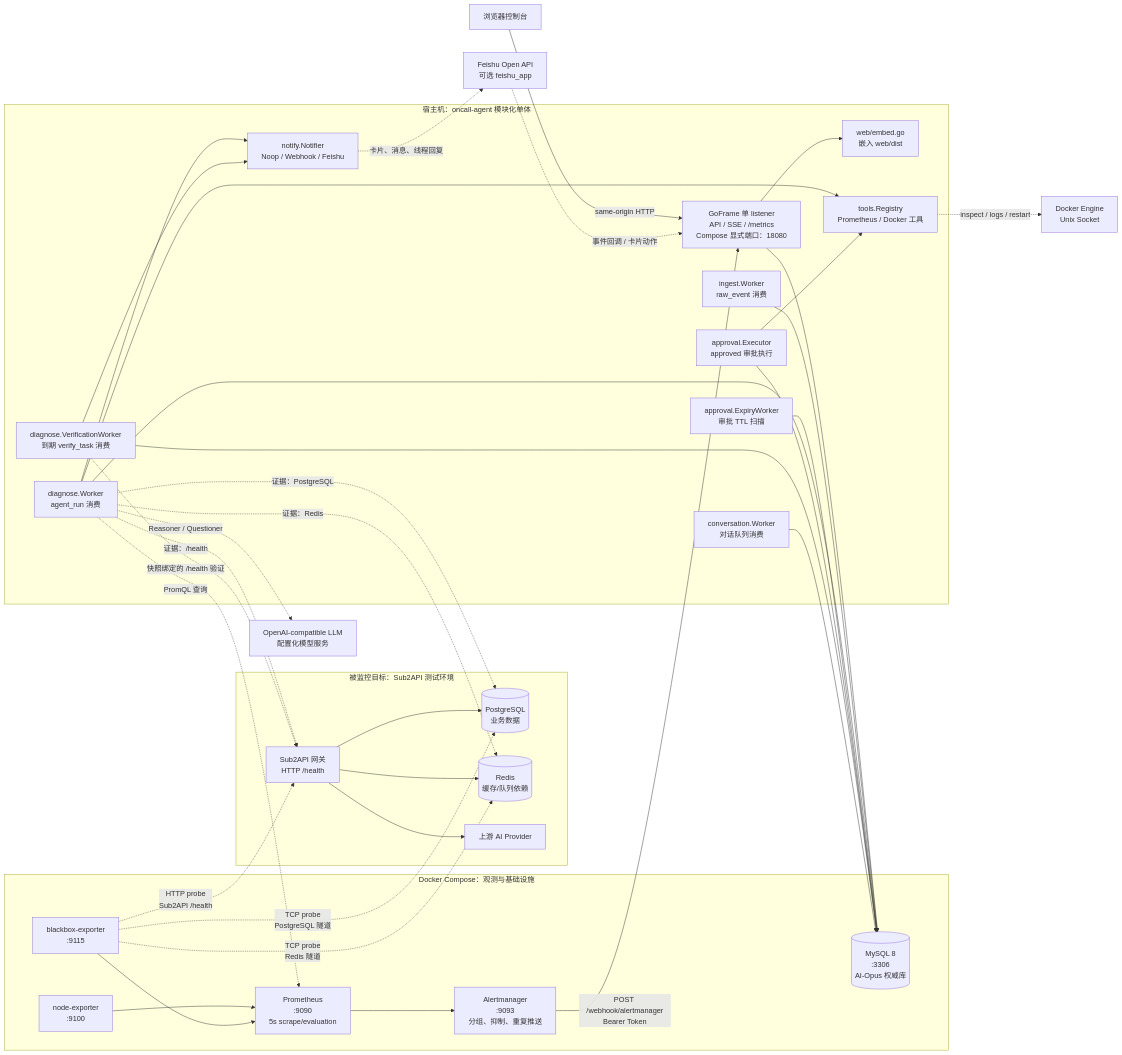
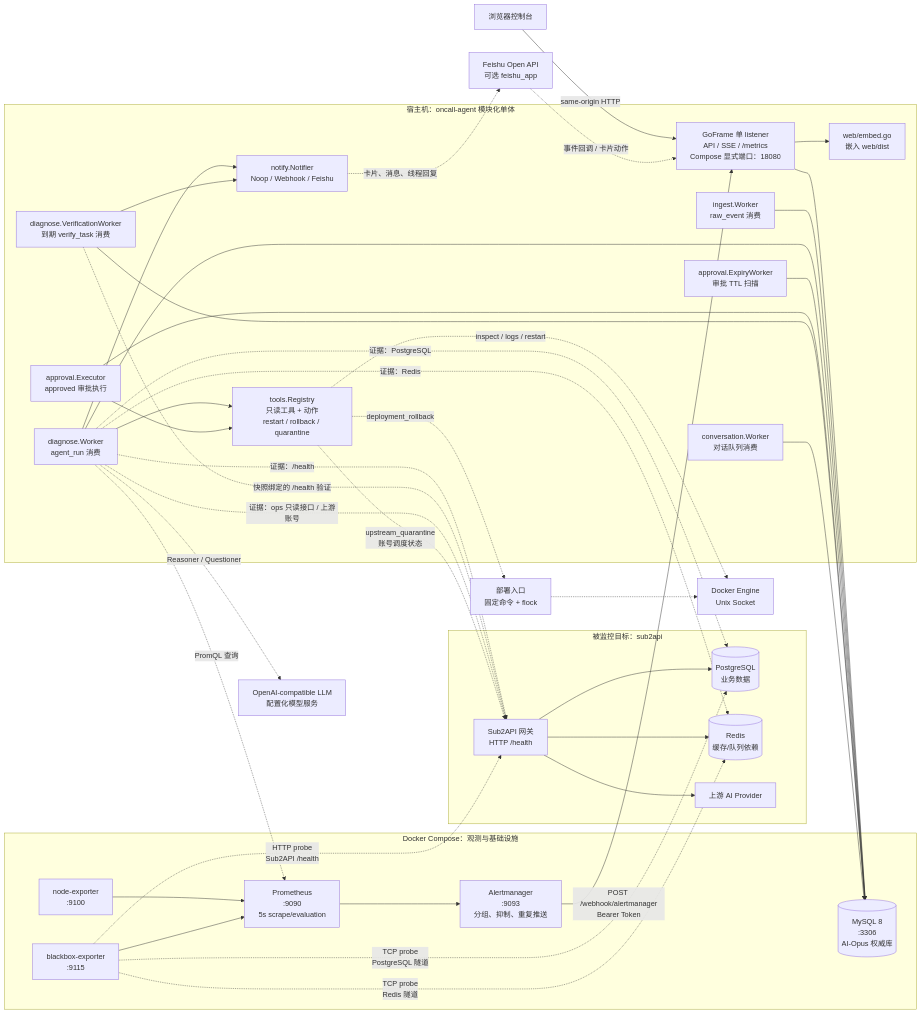
The first of 11 diagrams in docs/current-architecture.md (shentry/AI-Ops), drawn with Mermaid before and after one commit. The commit also changed other lines of this file and 289 other files, not shown here.

````diff
--- a/docs/current-architecture.md
+++ b/docs/current-architecture.md
@@ -19,73 +20,78 @@
 ```mermaid
 flowchart LR
-    subgraph target["被监控目标：Sub2API 测试环境"]
+    subgraph target["被监控目标：sub2api"]
         GW["Sub2API 网关<br/>HTTP /health"]
         PG[("PostgreSQL<br/>业务数据")]
         RD[("Redis<br/>缓存/队列依赖")]
         UP["上游 AI Provider"]
 
         GW --> PG
         GW --> RD
         GW --> UP
     end
 
     subgraph compose["Docker Compose：观测与基础设施"]
         NODE["node-exporter<br/>:9100"]
         BB["blackbox-exporter<br/>:9115"]
         PROM["Prometheus<br/>:9090<br/>5s scrape/evaluation"]
         AM["Alertmanager<br/>:9093<br/>分组、抑制、重复推送"]
         MYSQL[("MySQL 8<br/>:3306<br/>AI-Opus 权威库")]
 
         NODE --> PROM
         BB --> PROM
         PROM --> AM
     end
 
     BB -.->|"HTTP probe<br/>Sub2API /health"| GW
     BB -.->|"TCP probe<br/>PostgreSQL 隧道"| PG
     BB -.->|"TCP probe<br/>Redis 隧道"| RD
 
     subgraph mono["宿主机：oncall-agent 模块化单体"]
         HTTP["GoFrame 单 listener<br/>API / SSE / /metrics<br/>Compose 显式端口：18080"]
         STATIC["web/embed.go<br/>嵌入 web/dist"]
         IW["ingest.Worker<br/>raw_event 消费"]
         DW["diagnose.Worker<br/>agent_run 消费"]
         EW["approval.ExpiryWorker<br/>审批 TTL 扫描"]
         EX["approval.Executor<br/>approved 审批执行"]
         VW["diagnose.VerificationWorker<br/>到期 verify_task 消费"]
         CW["conversation.Worker<br/>对话队列消费"]
-        REG["tools.Registry<br/>Prometheus / Docker 工具"]
+        REG["tools.Registry<br/>只读工具 + 动作<br/>restart / rollback / quarantine"]
         NOTIFY["notify.Notifier<br/>Noop / Webhook / Feishu"]
 
         HTTP --> STATIC
         HTTP --> MYSQL
         IW --> MYSQL
         DW --> MYSQL
         EW --> MYSQL
         EX --> MYSQL
         VW --> MYSQL
         CW --> MYSQL
         DW --> REG
         EX --> REG
         DW --> NOTIFY
         VW --> NOTIFY
     end
 
     BROWSER["浏览器控制台"] -->|"same-origin HTTP"| HTTP
     AM -->|"POST /webhook/alertmanager<br/>Bearer Token"| HTTP
 
     DW -.->|"证据：/health"| GW
     VW -.->|"快照绑定的 /health 验证"| GW
     DW -.->|"证据：PostgreSQL"| PG
     DW -.->|"证据：Redis"| RD
     DW -.->|"PromQL 查询"| PROM
 
     DOCKER["Docker Engine<br/>Unix Socket"]
     LLM["OpenAI-compatible LLM<br/>配置化模型服务"]
     FEISHU["Feishu Open API<br/>可选 feishu_app"]
 
     REG -.->|"inspect / logs / restart"| DOCKER
+    DEPLOY["部署入口<br/>固定命令 + flock"]
+    REG -.->|"deployment_rollback"| DEPLOY
+    DEPLOY -.-> DOCKER
+    DW -.->|"证据：ops 只读接口 / 上游账号"| GW
+    REG -.->|"upstream_quarantine<br/>账号调度状态"| GW
     DW -.->|"Reasoner / Questioner"| LLM
     NOTIFY -.->|"卡片、消息、线程回复"| FEISHU
     FEISHU -.->|"事件回调 / 卡片动作"| HTTP
 ```
````
